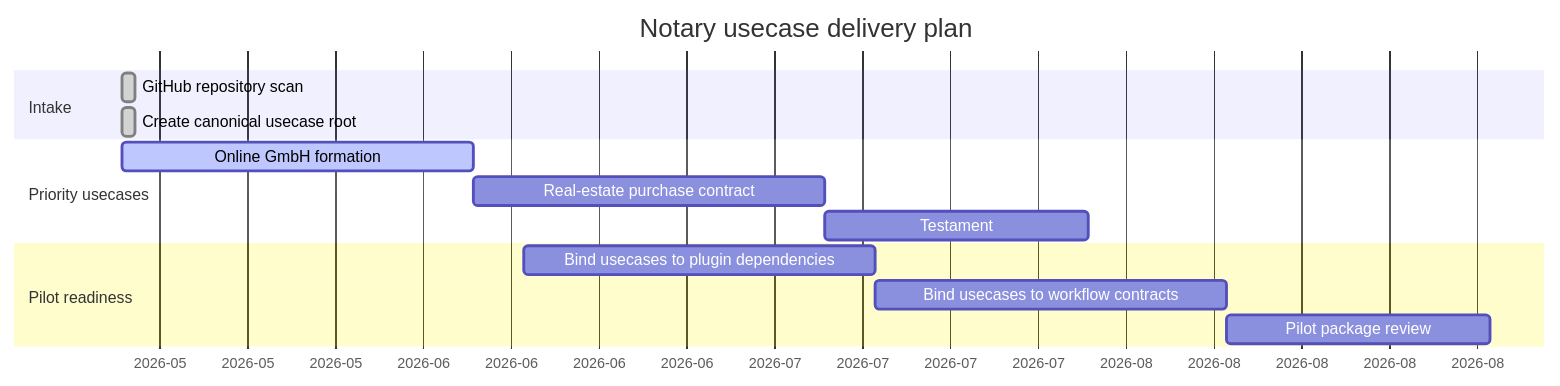
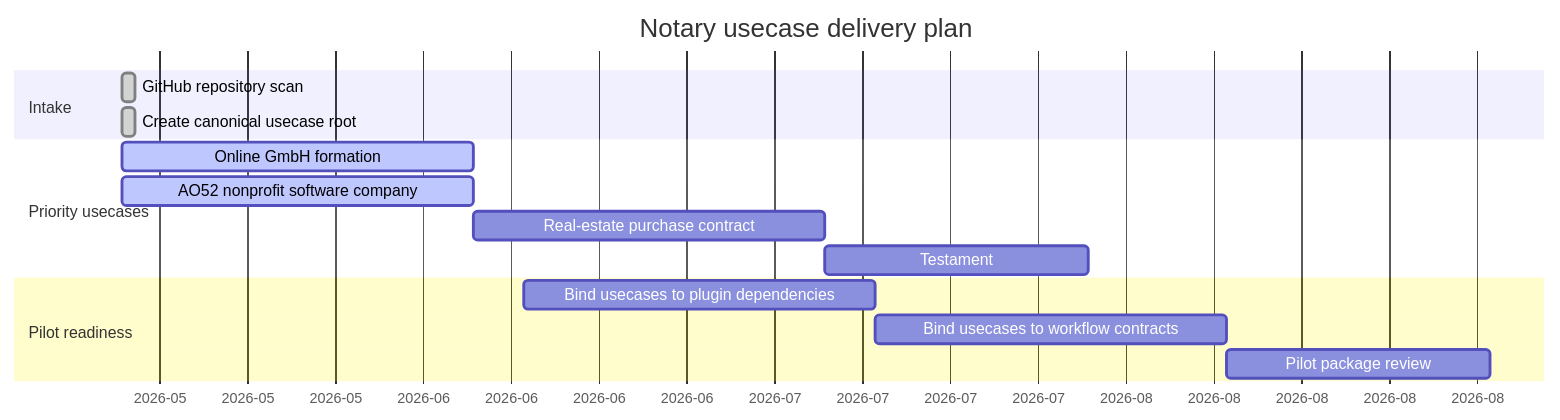
One commit to notariat8/NaC changed the diagram in usecases/GANTT.md. Above: the diagram before and after it, drawn with Mermaid. The commit also changed other lines of this file and 12 other files, not shown here.

````diff
--- a/usecases/GANTT.md
+++ b/usecases/GANTT.md
@@ -5,20 +5,21 @@
 ```mermaid
 gantt
     title Notary usecase delivery plan
     dateFormat  YYYY-MM-DD
     axisFormat  %Y-%m
 
     section Intake
     GitHub repository scan                      :done,   u1, 2026-05-14, 1d
     Create canonical usecase root              :done,   u2, 2026-05-14, 1d
 
     section Priority usecases
     Online GmbH formation                       :active, u3, 2026-05-14, 28d
-    Real-estate purchase contract              :        u4, after u3, 28d
-    Testament                                  :        u5, after u4, 21d
+    AO52 nonprofit software company            :active, u4, 2026-05-14, 28d
+    Real-estate purchase contract              :        u5, after u4, 28d
+    Testament                                  :        u6, after u5, 21d
 
     section Pilot readiness
-    Bind usecases to plugin dependencies        :        u6, 2026-06-15, 28d
-    Bind usecases to workflow contracts         :        u7, after u6, 28d
-    Pilot package review                        :        u8, after u7, 21d
+    Bind usecases to plugin dependencies        :        u7, 2026-06-15, 28d
+    Bind usecases to workflow contracts         :        u8, after u7, 28d
+    Pilot package review                        :        u9, after u8, 21d
 ```
````
